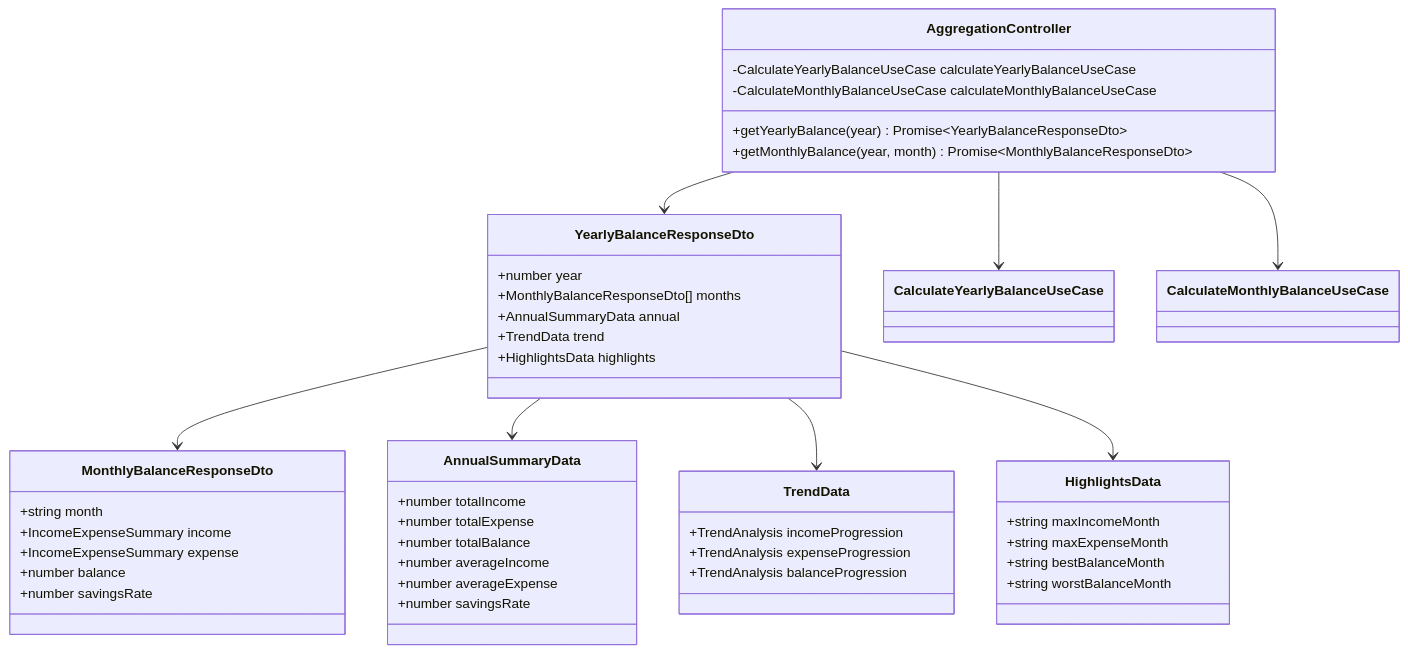
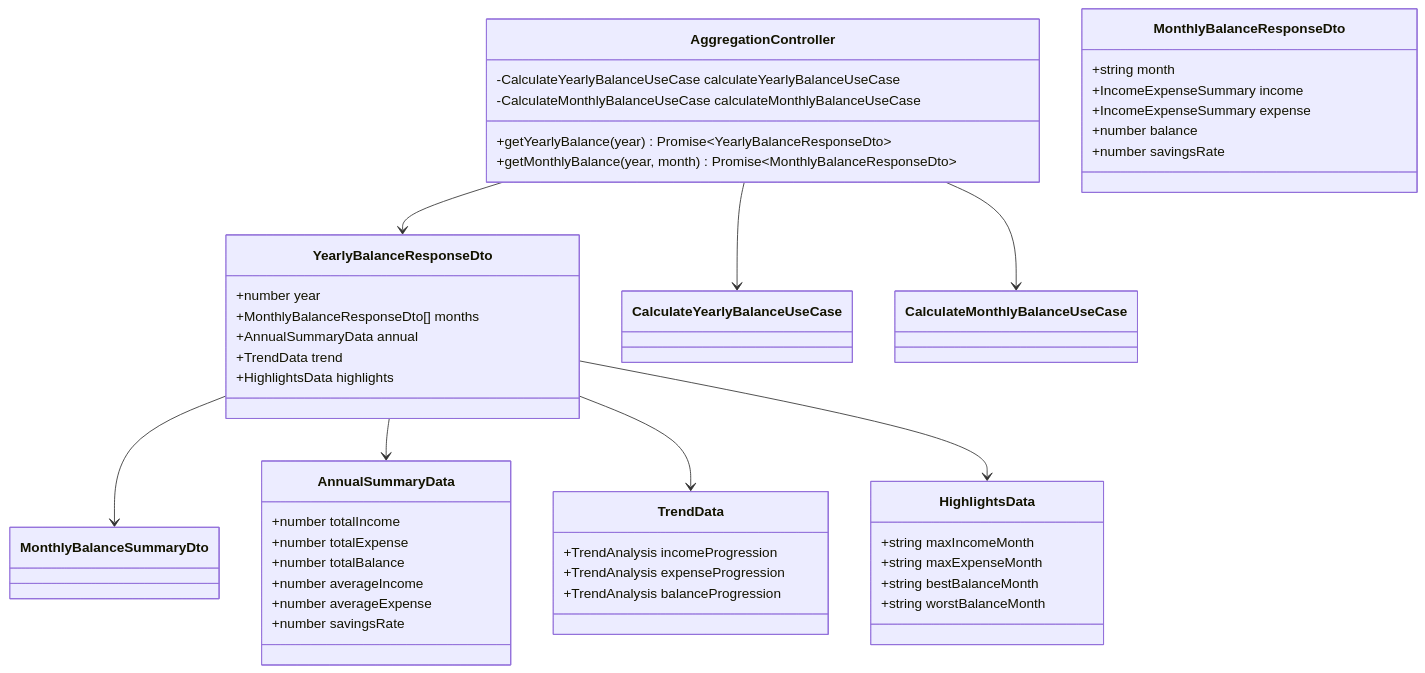
One commit to kencom2400/account-book changed the fourth of 4 diagrams in docs/detailed-design/FR-020_yearly-balance-aggregation/class-diagrams.md. Above: the diagram before and after it, drawn with Mermaid.

Commit message:
docs: クラス図のPresentation層のMonthlyBalanceResponseDtoをMonthlyBalanceSummaryDtoに修正
Presentation層のクラス図で、年間集計用のMonthlyBalanceResponseDtoをMonthlyBalanceSummaryDtoに変更して、設計の一貫性を確保

````diff
--- a/docs/detailed-design/FR-020_yearly-balance-aggregation/class-diagrams.md
+++ b/docs/detailed-design/FR-020_yearly-balance-aggregation/class-diagrams.md
@@ -331,55 +331,55 @@
 ```mermaid
 classDiagram
     class AggregationController {
         -CalculateYearlyBalanceUseCase calculateYearlyBalanceUseCase
         -CalculateMonthlyBalanceUseCase calculateMonthlyBalanceUseCase
         +getYearlyBalance(year) Promise~YearlyBalanceResponseDto~
         +getMonthlyBalance(year, month) Promise~MonthlyBalanceResponseDto~
     }
 
     class YearlyBalanceResponseDto {
         +number year
         +MonthlyBalanceResponseDto[] months
         +AnnualSummaryData annual
         +TrendData trend
         +HighlightsData highlights
     }
 
     class MonthlyBalanceResponseDto {
         +string month
         +IncomeExpenseSummary income
         +IncomeExpenseSummary expense
         +number balance
         +number savingsRate
     }
 
     class AnnualSummaryData {
         +number totalIncome
         +number totalExpense
         +number totalBalance
         +number averageIncome
         +number averageExpense
         +number savingsRate
     }
 
     class TrendData {
         +TrendAnalysis incomeProgression
         +TrendAnalysis expenseProgression
         +TrendAnalysis balanceProgression
     }
 
     class HighlightsData {
         +string maxIncomeMonth
         +string maxExpenseMonth
         +string bestBalanceMonth
         +string worstBalanceMonth
     }
 
     AggregationController --> CalculateYearlyBalanceUseCase
     AggregationController --> CalculateMonthlyBalanceUseCase
     AggregationController --> YearlyBalanceResponseDto
-    YearlyBalanceResponseDto --> MonthlyBalanceResponseDto
+    YearlyBalanceResponseDto --> MonthlyBalanceSummaryDto
     YearlyBalanceResponseDto --> AnnualSummaryData
     YearlyBalanceResponseDto --> TrendData
     YearlyBalanceResponseDto --> HighlightsData
 ```
````
